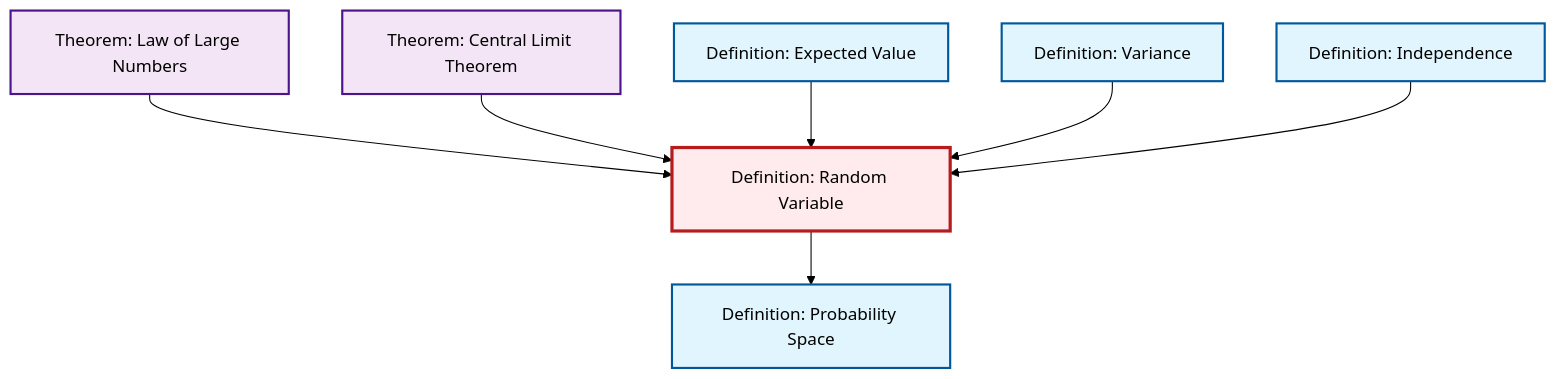
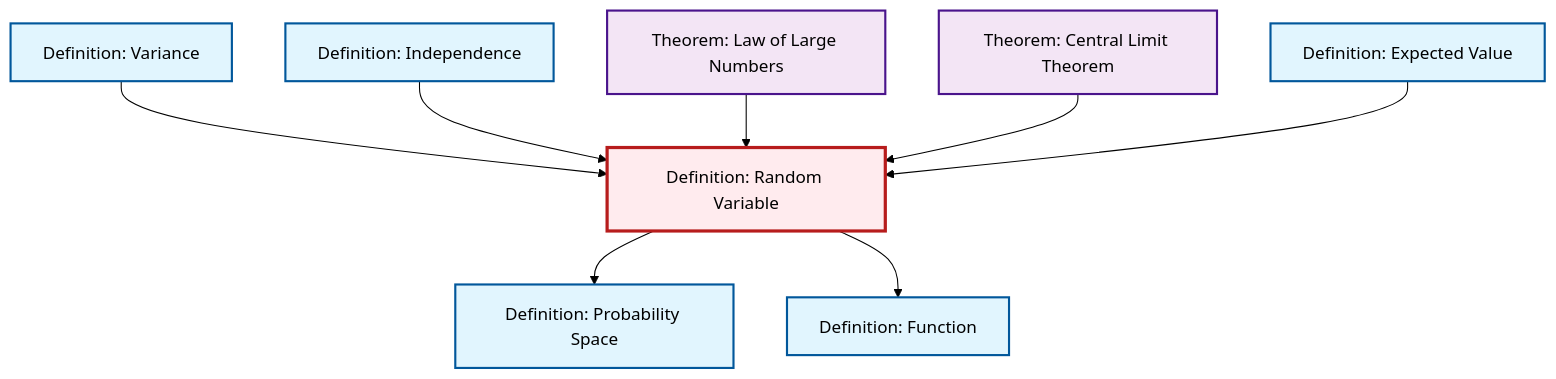
The diagram in content/en/probability-statistics/def-random-variable.qmd (RK0429/ModernMath), drawn with Mermaid (forest theme) before and after one commit. The commit also changed 554 other files, not shown here.

````diff
--- a/content/en/probability-statistics/def-random-variable.qmd
+++ b/content/en/probability-statistics/def-random-variable.qmd
@@ -48,29 +48,32 @@
 ```{mermaid}
 %%| fig-cap: "Local dependency graph"
 graph TD
     classDef definition fill:#e1f5fe,stroke:#01579b,stroke-width:2px
     classDef theorem fill:#f3e5f5,stroke:#4a148c,stroke-width:2px
     classDef axiom fill:#fff3e0,stroke:#e65100,stroke-width:2px
     classDef example fill:#e8f5e9,stroke:#1b5e20,stroke-width:2px
     classDef current fill:#ffebee,stroke:#b71c1c,stroke-width:3px
+    def-variance["Definition: Variance"]:::definition
     def-random-variable["Definition: Random Variable"]:::definition
-    def-expectation["Definition: Expected Value"]:::definition
     thm-law-of-large-numbers["Theorem: Law of Large Numbers"]:::theorem
     def-probability-space["Definition: Probability Space"]:::definition
+    thm-central-limit["Theorem: Central Limit Theorem"]:::theorem
     def-independence["Definition: Independence"]:::definition
-    thm-central-limit["Theorem: Central Limit Theorem"]:::theorem
-    def-variance["Definition: Variance"]:::definition
+    def-function["Definition: Function"]:::definition
+    def-expectation["Definition: Expected Value"]:::definition
+    def-random-variable --> def-probability-space
+    def-variance --> def-random-variable
+    def-random-variable --> def-function
+    def-independence --> def-random-variable
     thm-law-of-large-numbers --> def-random-variable
     thm-central-limit --> def-random-variable
-    def-random-variable --> def-probability-space
     def-expectation --> def-random-variable
-    def-variance --> def-random-variable
-    def-independence --> def-random-variable
     class def-random-variable current
-    click def-expectation "def-expectation.html" "Go to Expected Value definition"
+    click def-variance "def-variance.html" "Go to Variance definition"
     click thm-law-of-large-numbers "thm-law-of-large-numbers.html" "Go to Law of Large Numbers theorem"
     click def-probability-space "def-probability-space.html" "Go to Probability Space definition"
+    click thm-central-limit "thm-central-limit.html" "Go to Central Limit Theorem theorem"
     click def-independence "def-independence.html" "Go to Independence definition"
-    click thm-central-limit "thm-central-limit.html" "Go to Central Limit Theorem theorem"
-    click def-variance "def-variance.html" "Go to Variance definition"
+    click def-function "def-function.html" "Go to Function definition"
+    click def-expectation "def-expectation.html" "Go to Expected Value definition"
 ```
````
